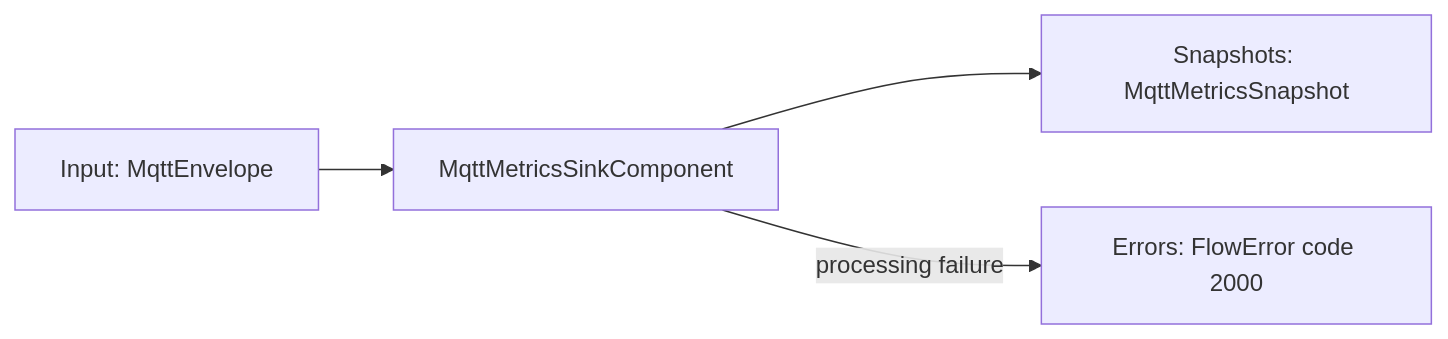
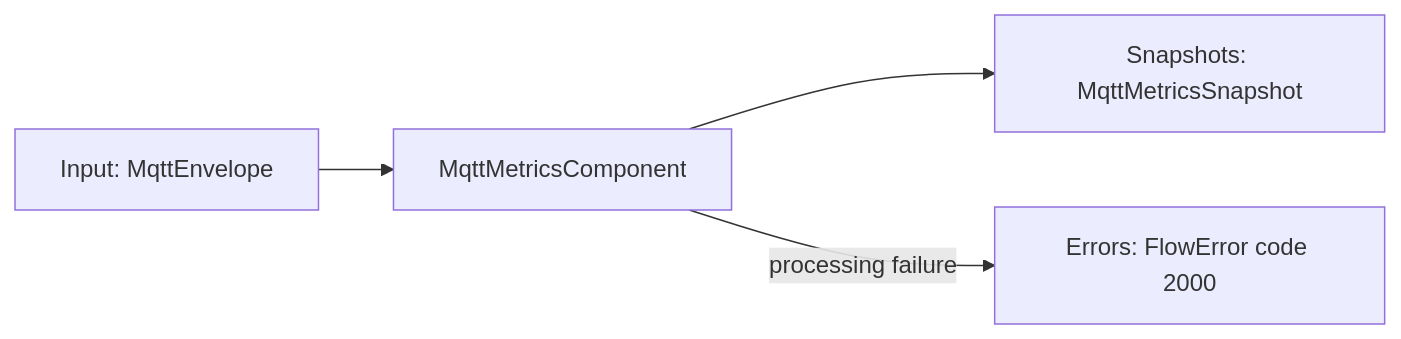
Before and after one commit to araxis/FluxMq: diagram 14 of 19 in docs/flow-components.md, drawn with Mermaid. The commit also changed other lines of this file and 70 other files, not shown here.

````diff
--- a/docs/flow-components.md
+++ b/docs/flow-components.md
@@ -458,6 +499,6 @@
 ```mermaid
 flowchart LR
-    In["Input: MqttEnvelope"] --> Sink["MqttMetricsSinkComponent"]
-    Sink --> Snapshot["Snapshots: MqttMetricsSnapshot"]
-    Sink -->|processing failure| Errors["Errors: FlowError code 2000"]
+    In["Input: MqttEnvelope"] --> Metrics["MqttMetricsComponent"]
+    Metrics --> Snapshot["Snapshots: MqttMetricsSnapshot"]
+    Metrics -->|processing failure| Errors["Errors: FlowError code 2000"]
 ```
````
